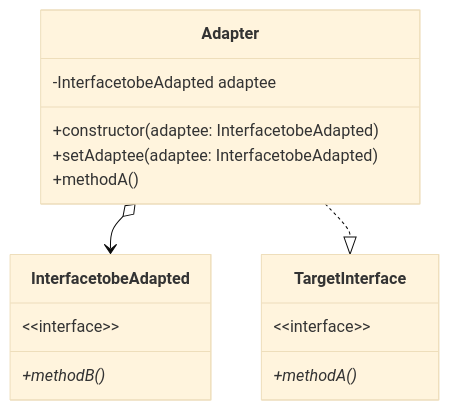
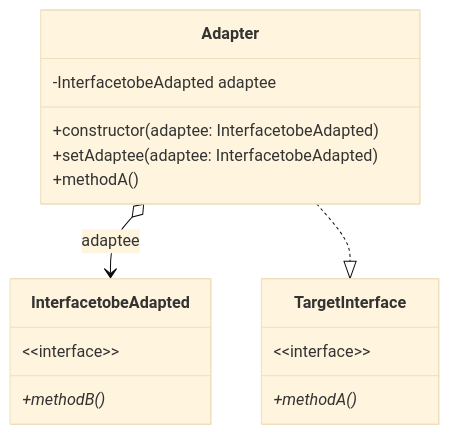
One commit to MoefulYe/MoefulYe.github.io changed the diagram in content/post/编程/编程范式/面对对象/适配器模式.md. Above: the diagram before and after it, drawn with Mermaid (base theme). The commit also changed 11 other files, not shown here.

````diff
--- a/content/post/编程/编程范式/面对对象/适配器模式.md
+++ b/content/post/编程/编程范式/面对对象/适配器模式.md
@@ -12,24 +12,24 @@
 ```mermaid
 classDiagram
 
 class TargetInterface{
 &lt;&lt;interface&gt;&gt;
 +methodA()*
 }
 
 class InterfacetobeAdapted{
 &lt;&lt;interface&gt;&gt;
 +methodB()*
 }
 
 class Adapter{
 -InterfacetobeAdapted adaptee
 
 +constructor(adaptee: InterfacetobeAdapted)
 +setAdaptee(adaptee: InterfacetobeAdapted)
 +methodA()
 }
 
-Adapter o-->InterfacetobeAdapted
+Adapter o-->InterfacetobeAdapted :adaptee
 Adapter ..|> TargetInterface
 ```
````
